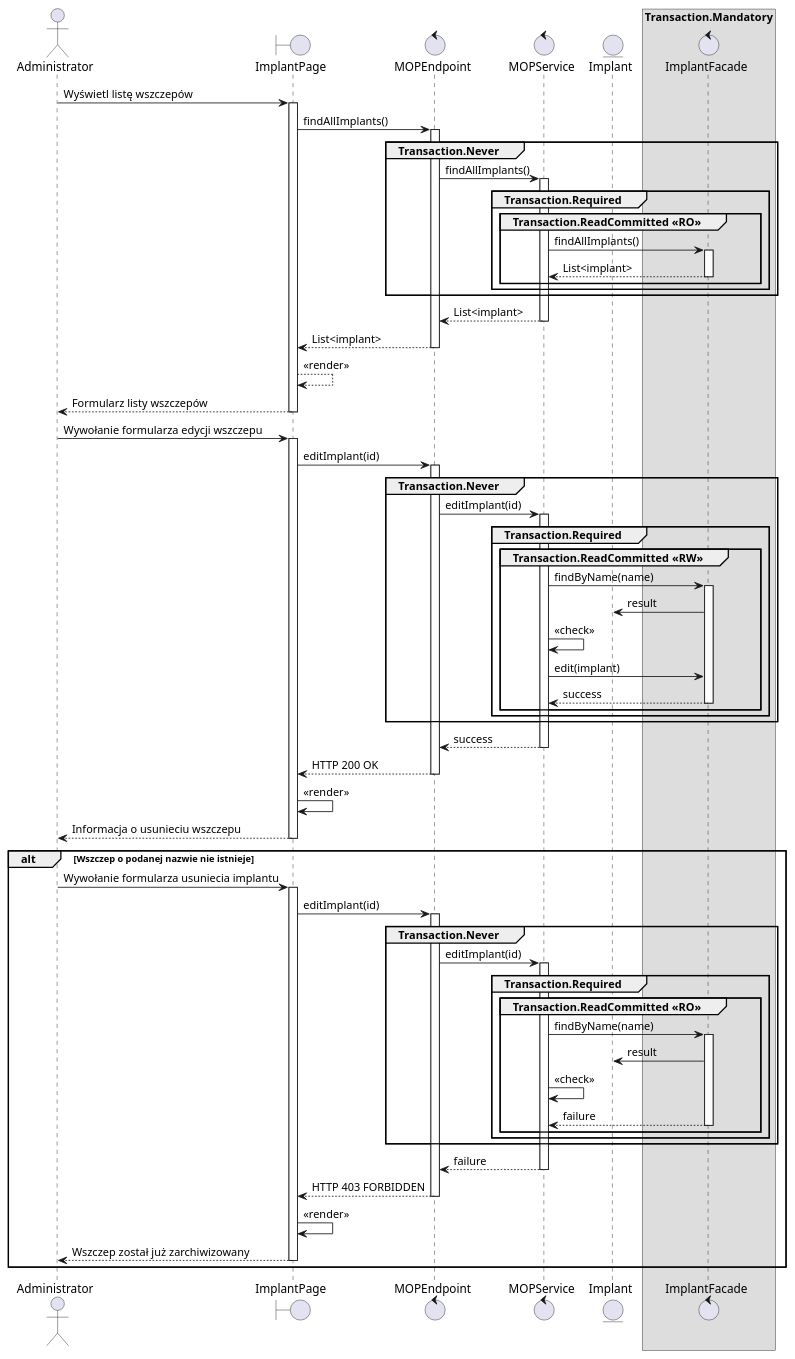
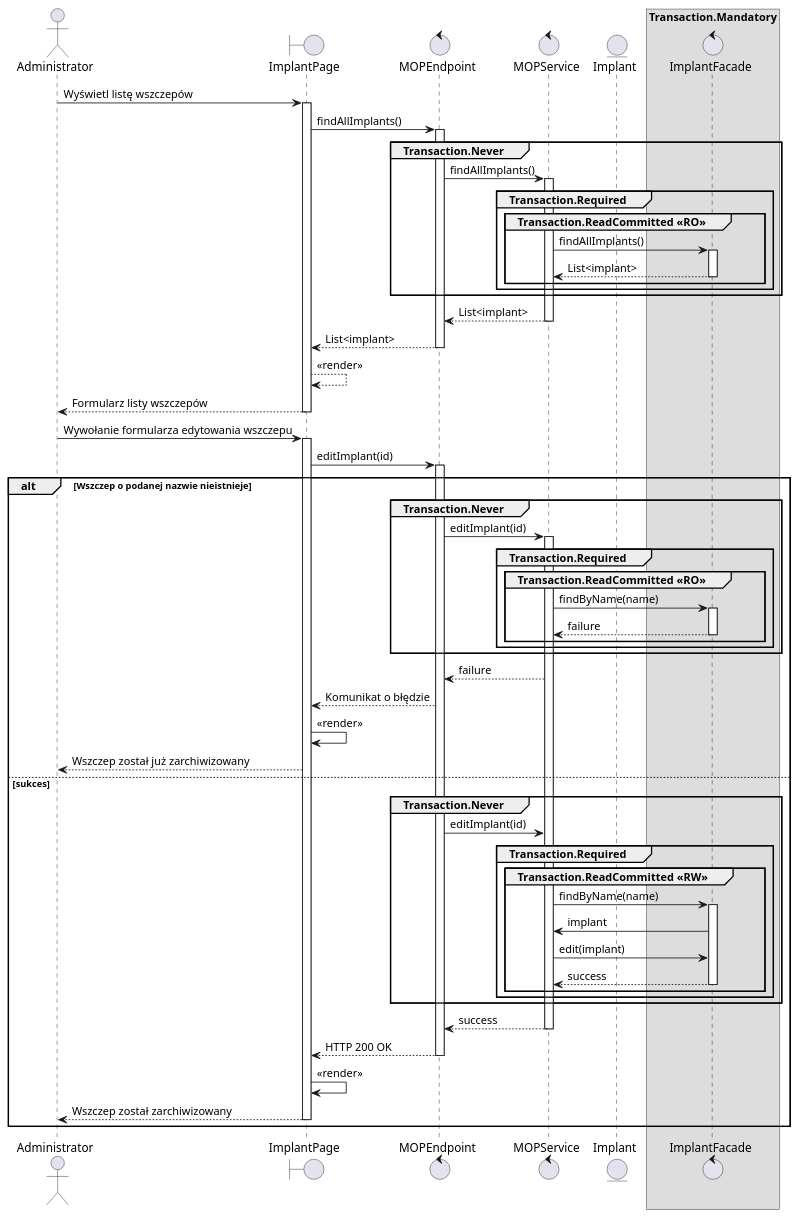
The diagram in src/rozdział 11/mop3.puml (TheVivent-Politechnika-Lodzka/ssbd03_kic_uml), drawn with PlantUML before and after one commit. The commit also changed 2 other files, not shown here.

```diff
--- a/src/rozdział 11/mop3.puml
+++ b/src/rozdział 11/mop3.puml
@@ -1,71 +1,68 @@
 @startuml MOP.3 - Edytuj wszczep
 
 actor Administrator as admin
 boundary ImplantPage as gui
 control MOPEndpoint as controller
 control MOPService as service
 entity Implant as implant
 control ImplantFacade as facade
 
 skinparam backgroundcolor transparent
 box Transaction.Mandatory 
     participant facade
 end box
 
 admin -> gui ++ : Wyświetl listę wszczepów
 gui -> controller ++ :  findAllImplants()
 group Transaction.Never
     controller -> service ++ : findAllImplants()
     group Transaction.Required
         group Transaction.ReadCommitted <<RO>>
             service -> facade ++ : findAllImplants()
             return List<implant>
         end
     end
 end
 return List<implant>
 return List<implant>
 gui --> gui : <<render>>
 return Formularz listy wszczepów
 
-admin -> gui ++ : Wywołanie formularza edycji wszczepu
+admin -> gui ++ : Wywołanie formularza edytowania wszczepu
 gui -> controller ++ : editImplant(id)
-group Transaction.Never
-    controller -> service ++: editImplant(id)
-    group Transaction.Required
-        group Transaction.ReadCommitted <<RW>>
-            service -> facade ++ : findByName(name)
-            facade -> implant : result
-            service -> service : <<check>>
-            service -> facade : edit(implant)
-            return success
-        end
-    end  
-end
-return success
-return HTTP 200 OK
-gui -> gui : <<render>>
-return Informacja o usunieciu wszczepu
 
-alt Wszczep o podanej nazwie nie istnieje
-admin -> gui ++ : Wywołanie formularza usuniecia implantu
-gui -> controller ++ : editImplant(id)
-group Transaction.Never
-    controller -> service ++: editImplant(id)
-    group Transaction.Required
-        group Transaction.ReadCommitted <<RO>>
-            service -> facade ++: findByName(name)
-            facade -> implant  : result
-            service -> service : <<check>>
-            return failure
+alt Wszczep o podanej nazwie nieistnieje
+    group Transaction.Never
+        controller -> service ++: editImplant(id)
+        group Transaction.Required
+            group Transaction.ReadCommitted <<RO>>
+                service -> facade ++ : findByName(name)
+                return failure
+            end
+        end  
+    end
+    service --> controller : failure
+    controller --> gui : Komunikat o błędzie
+    gui -> gui : <<render>>
+    gui --> admin : Wszczep został już zarchiwizowany
+
+else  sukces
+    group Transaction.Never
+        controller -> service : editImplant(id)
+        group Transaction.Required
+            group Transaction.ReadCommitted <<RW>>
+                service -> facade ++ : findByName(name)
+                facade -> service : implant
+                service -> facade : edit(implant)
+                return success
+            end
         end
     end
-end
-return failure
-return HTTP 403 FORBIDDEN
+    return success
+    return HTTP 200 OK
 gui -> gui : <<render>>
-return Wszczep został już zarchiwizowany
+return Wszczep został zarchiwizowany
 end
 
 
 @enduml
```
